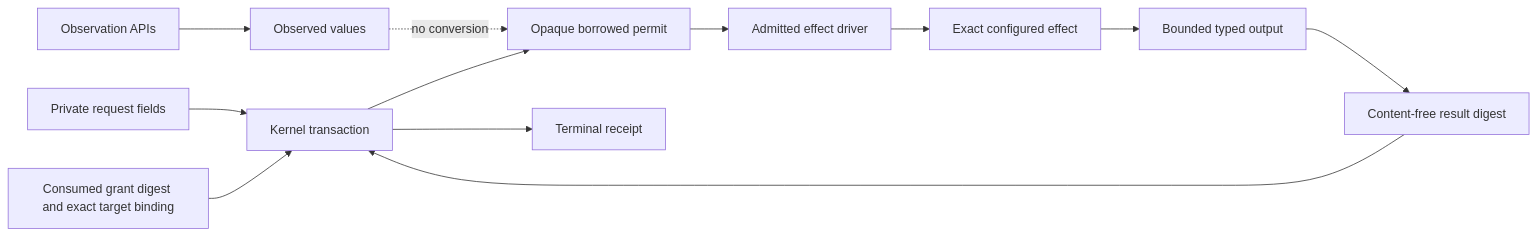
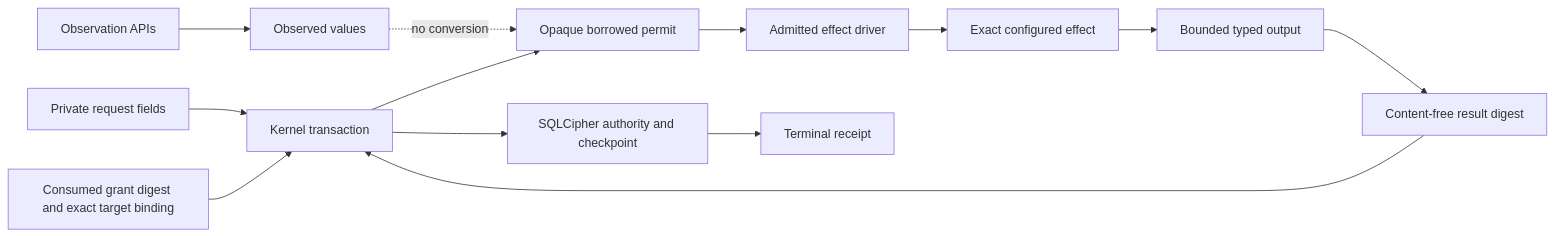
Before and after one commit to AaronNHorvitz/AgentMage: the second of 2 diagrams in docs/architecture/effect-mediation.md, drawn with Mermaid. The commit also changed other lines of this file and 27 other files, not shown here.

````diff
--- a/docs/architecture/effect-mediation.md
+++ b/docs/architecture/effect-mediation.md
@@ -58,15 +63,16 @@
 ```mermaid
 flowchart LR
     R["Private request fields"] --> K["Kernel transaction"]
     G["Consumed grant digest and exact target binding"] --> K
     K --> P["Opaque borrowed permit"]
     P --> D["Admitted effect driver"]
     D --> E["Exact configured effect"]
     E --> B["Bounded typed output"]
     B --> H["Content-free result digest"]
     H --> K
-    K --> T["Terminal receipt"]
+    K --> SDB["SQLCipher authority and checkpoint"]
+    SDB --> T["Terminal receipt"]
 
     O["Observation APIs"] --> V["Observed values"]
     V -. "no conversion" .-> P
 ```
````
